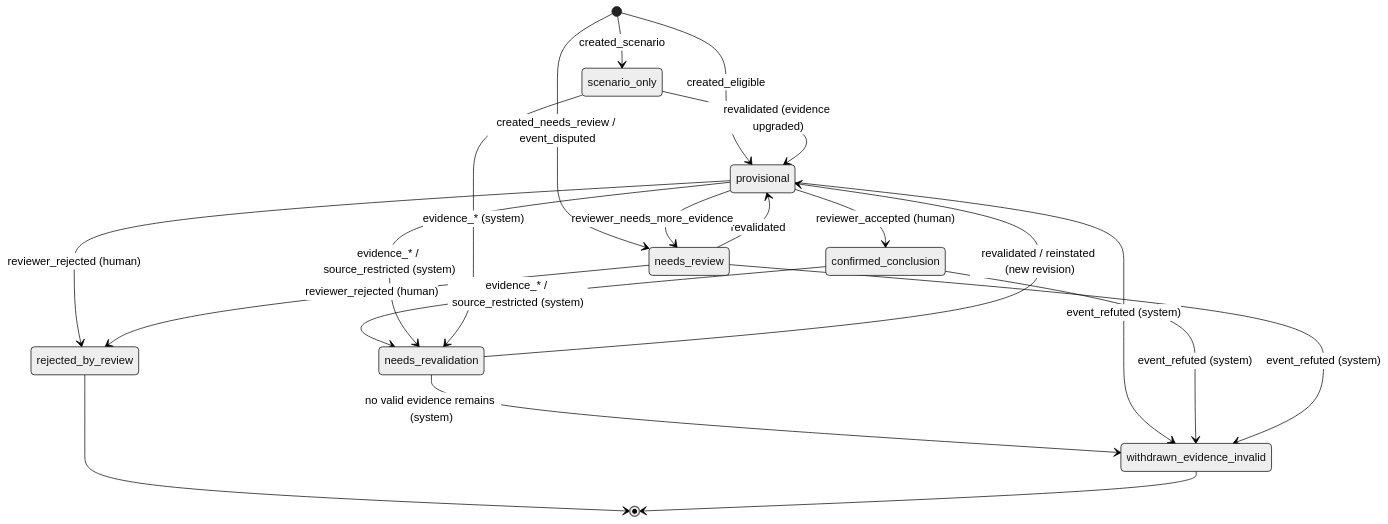
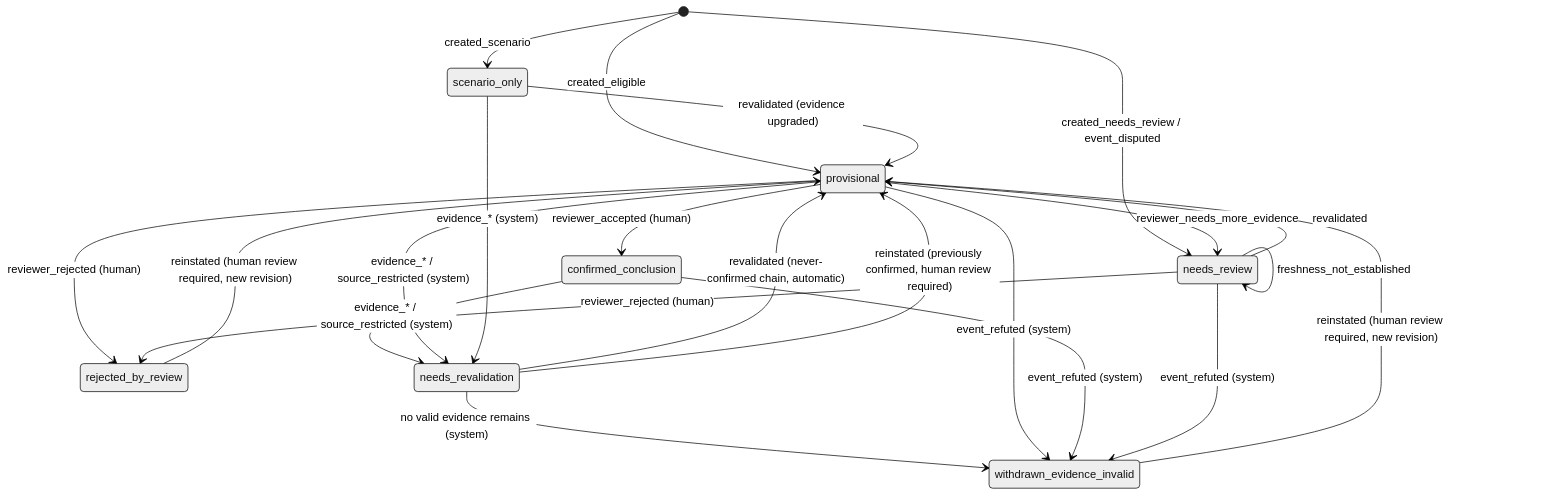
Before and after one commit to imranrazabozdar/PSX-NEWS-INTELLIGENCE: the second of 2 diagrams in docs/MIGRATION_0009_DESIGN.md, drawn with Mermaid (neutral theme). The commit also changed other lines of this file, not shown here.

First line of the commit message:
Docs: migration 0009 design revision 2 (expiry policy mechanism, withdrawal codes, reinstatement review, sector views, FK verification, cascade prototype results, delete scope, audit boundary)

````diff
--- a/docs/MIGRATION_0009_DESIGN.md
+++ b/docs/MIGRATION_0009_DESIGN.md
@@ -204,22 +255,24 @@
 ```mermaid
 stateDiagram-v2
     [*] --> scenario_only: created_scenario
     [*] --> provisional: created_eligible
     [*] --> needs_review: created_needs_review / event_disputed
     scenario_only --> provisional: revalidated (evidence upgraded)
     needs_review --> provisional: revalidated
     provisional --> confirmed_conclusion: reviewer_accepted (human)
     provisional --> needs_review: reviewer_needs_more_evidence
     provisional --> rejected_by_review: reviewer_rejected (human)
     needs_review --> rejected_by_review: reviewer_rejected (human)
     confirmed_conclusion --> needs_revalidation: evidence_* / source_restricted (system)
     provisional --> needs_revalidation: evidence_* / source_restricted (system)
     scenario_only --> needs_revalidation: evidence_* (system)
-    needs_revalidation --> provisional: revalidated / reinstated (new revision)
+    needs_revalidation --> provisional: revalidated (never-confirmed chain, automatic)
+    needs_revalidation --> provisional: reinstated (previously confirmed, human review required)
+    withdrawn_evidence_invalid --> provisional: reinstated (human review required, new revision)
+    rejected_by_review --> provisional: reinstated (human review required, new revision)
     needs_revalidation --> withdrawn_evidence_invalid: no valid evidence remains (system)
     provisional --> withdrawn_evidence_invalid: event_refuted (system)
     confirmed_conclusion --> withdrawn_evidence_invalid: event_refuted (system)
     needs_review --> withdrawn_evidence_invalid: event_refuted (system)
-    rejected_by_review --> [*]
-    withdrawn_evidence_invalid --> [*]
+    needs_review --> needs_review: freshness_not_established
 ```
````
